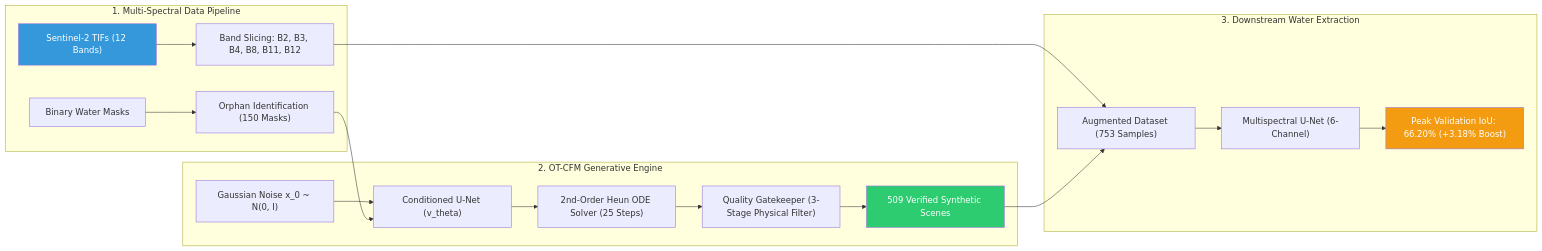
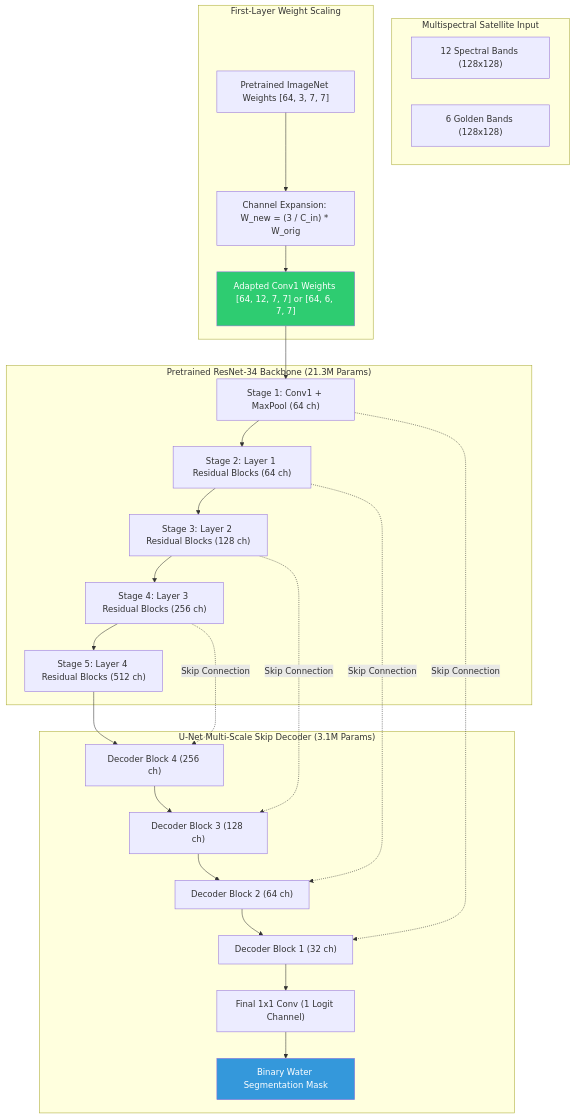
The diagram in README.md (markegyptian55-cloud/HydroFlow-12Channel-Water-Segmentation), drawn with Mermaid before and after one commit. The commit also changed other lines of this file and 9 other files, not shown here.

Commit message:
feat(part-2): integrate transfer learning pretrained ResNet-34 U-Net and upgrade master documentation

````diff
--- a/README.md
+++ b/README.md
@@ -163,26 +99,44 @@
 ```mermaid
-flowchart LR
-    subgraph Data["1. Multi-Spectral Data Pipeline"]
-        D1["Sentinel-2 TIFs (12 Bands)"] --> D2["Band Slicing: B2, B3, B4, B8, B11, B12"]
-        D3["Binary Water Masks"] --> D4["Orphan Identification (150 Masks)"]
+flowchart TD
+    subgraph Input["Multispectral Satellite Input"]
+        X12["12 Spectral Bands (128x128)"]
+        X6["6 Golden Bands (128x128)"]
     end
 
-    subgraph Generative["2. OT-CFM Generative Engine"]
-        G1["Gaussian Noise x_0 ~ N(0, I)"] --> G2["Conditioned U-Net (v_theta)"]
-        D4 --> G2
-        G2 --> G3["2nd-Order Heun ODE Solver (25 Steps)"]
-        G3 --> G4["Quality Gatekeeper (3-Stage Physical Filter)"]
-        G4 --> G5["509 Verified Synthetic Scenes"]
+    subgraph Adaptation["First-Layer Weight Scaling"]
+        W_orig["Pretrained ImageNet Weights [64, 3, 7, 7]"]
+        W_scale["Channel Expansion: W_new = (3 / C_in) * W_orig"]
+        W_adapted["Adapted Conv1 Weights [64, 12, 7, 7] or [64, 6, 7, 7]"]
+        W_orig --> W_scale --> W_adapted
     end
 
-    subgraph Segmentation["3. Downstream Water Extraction"]
-        D2 --> S1["Augmented Dataset (753 Samples)"]
-        G5 --> S1
-        S1 --> S2["Multispectral U-Net (6-Channel)"]
-        S2 --> S3["Peak Validation IoU: 66.20% (+3.18% Boost)"]
+    subgraph Encoder["Pretrained ResNet-34 Backbone (21.3M Params)"]
+        L1["Stage 1: Conv1 + MaxPool (64 ch)"]
+        L2["Stage 2: Layer 1 Residual Blocks (64 ch)"]
+        L3["Stage 3: Layer 2 Residual Blocks (128 ch)"]
+        L4["Stage 4: Layer 3 Residual Blocks (256 ch)"]
+        L5["Stage 5: Layer 4 Residual Blocks (512 ch)"]
+        W_adapted --> L1 --> L2 --> L3 --> L4 --> L5
     end
 
-    style D1 fill:#3498db,color:#fff
-    style G5 fill:#2ecc71,color:#fff
-    style S3 fill:#f39c12,color:#fff
+    subgraph Decoder["U-Net Multi-Scale Skip Decoder (3.1M Params)"]
+        D4["Decoder Block 4 (256 ch)"]
+        D3["Decoder Block 3 (128 ch)"]
+        D2["Decoder Block 2 (64 ch)"]
+        D1["Decoder Block 1 (32 ch)"]
+        Head["Final 1x1 Conv (1 Logit Channel)"]
+        
+        L5 --> D4
+        L4 -. Skip Connection .-> D4
+        D4 --> D3
+        L3 -. Skip Connection .-> D3
+        D3 --> D2
+        L2 -. Skip Connection .-> D2
+        D2 --> D1
+        L1 -. Skip Connection .-> D1
+        D1 --> Head --> Out["Binary Water Segmentation Mask"]
+    end
+
+    style W_adapted fill:#2ecc71,color:#fff
+    style Out fill:#3498db,color:#fff
 ```
````
